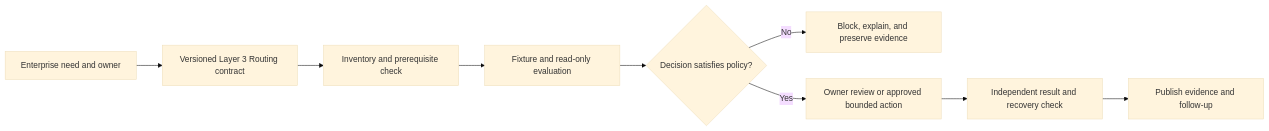
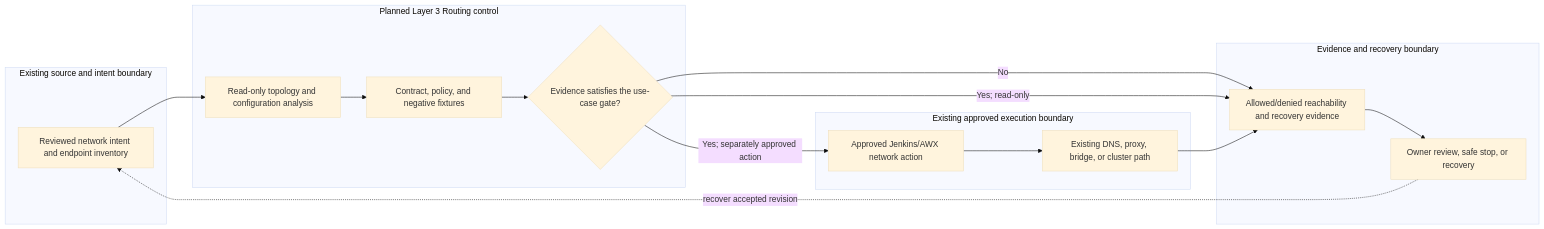
One commit to MIDHTECH/enterprise-architecture-docs changed the diagram in docs/use-cases/network/UC-NET-011-layer-3-routing.md. Above: the diagram before and after it, drawn with Mermaid (base theme). The commit also changed other lines of this file and 227 other files, not shown here.

Commit message:
Deepen architecture for all use case designs

````diff
--- a/docs/use-cases/network/UC-NET-011-layer-3-routing.md
+++ b/docs/use-cases/network/UC-NET-011-layer-3-routing.md
@@ -136,11 +129,25 @@
 ```mermaid
 flowchart LR
-    Need["Enterprise need and owner"] --> Contract["Versioned Layer 3 Routing contract"]
-    Contract --> Preflight["Inventory and prerequisite check"]
-    Preflight --> Evaluate["Fixture and read-only evaluation"]
-    Evaluate --> Decision{"Decision satisfies policy?"}
-    Decision -->|No| Stop["Block, explain, and preserve evidence"]
-    Decision -->|Yes| Review["Owner review or approved bounded action"]
-    Review --> Verify["Independent result and recovery check"]
-    Verify --> Publish["Publish evidence and follow-up"]
+    subgraph Source["Existing source and intent boundary"]
+        A["Reviewed network intent and endpoint inventory"]
+    end
+    subgraph Planned["Planned Layer 3 Routing control"]
+        B["Read-only topology and configuration analysis"]
+        C["Contract, policy, and negative fixtures"]
+        D{"Evidence satisfies the use-case gate?"}
+    end
+    subgraph Runtime["Existing approved execution boundary"]
+        E["Approved Jenkins/AWX network action"]
+        F["Existing DNS, proxy, bridge, or cluster path"]
+    end
+    subgraph Assurance["Evidence and recovery boundary"]
+        G["Allowed/denied reachability and recovery evidence"]
+        H["Owner review, safe stop, or recovery"]
+    end
+
+    A --> B --> C --> D
+    D -->|No| G --> H
+    D -->|Yes; read-only| G
+    D -->|Yes; separately approved action| E --> F --> G
+    H -. recover accepted revision .-> A
 ```
````
